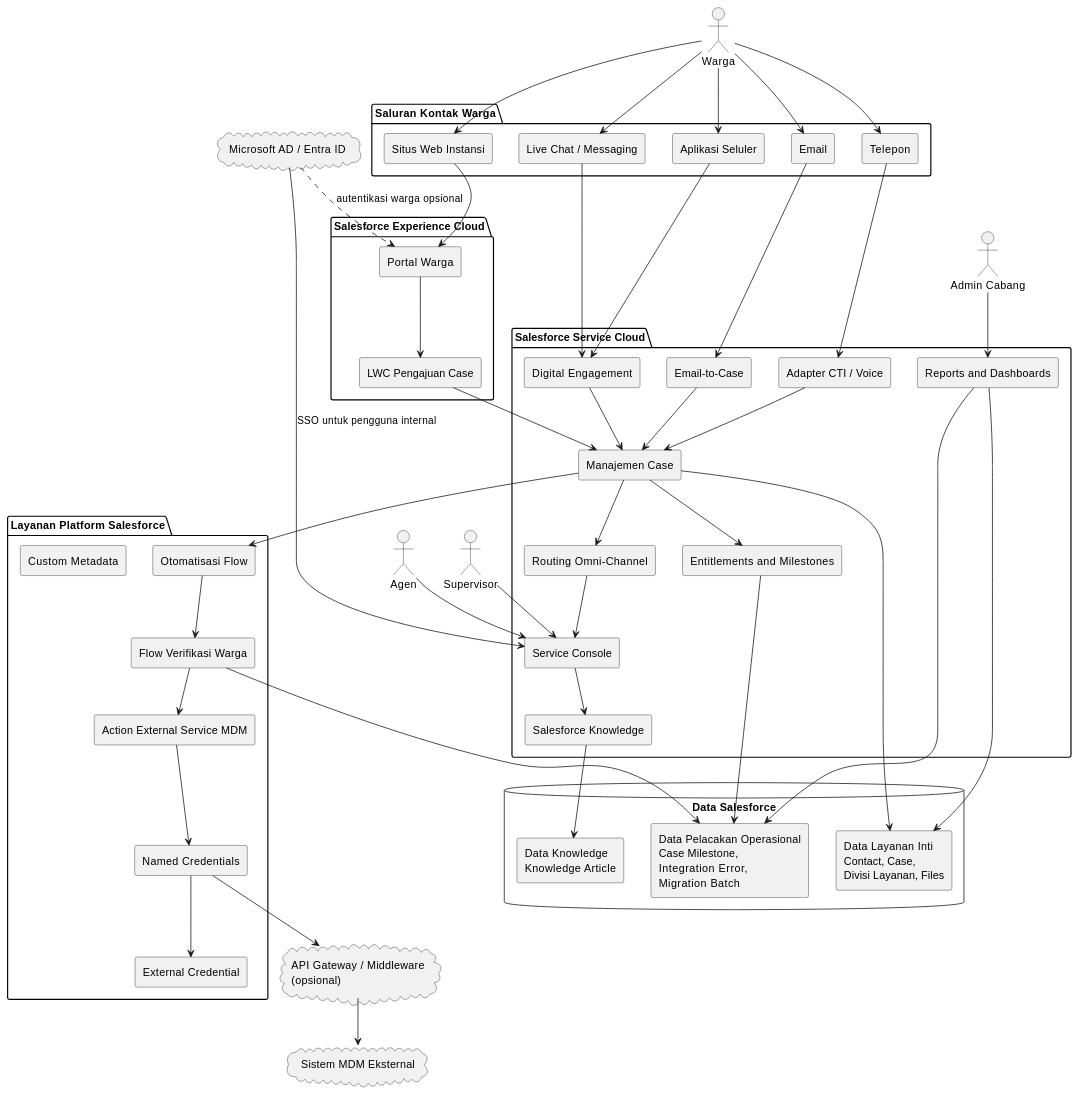
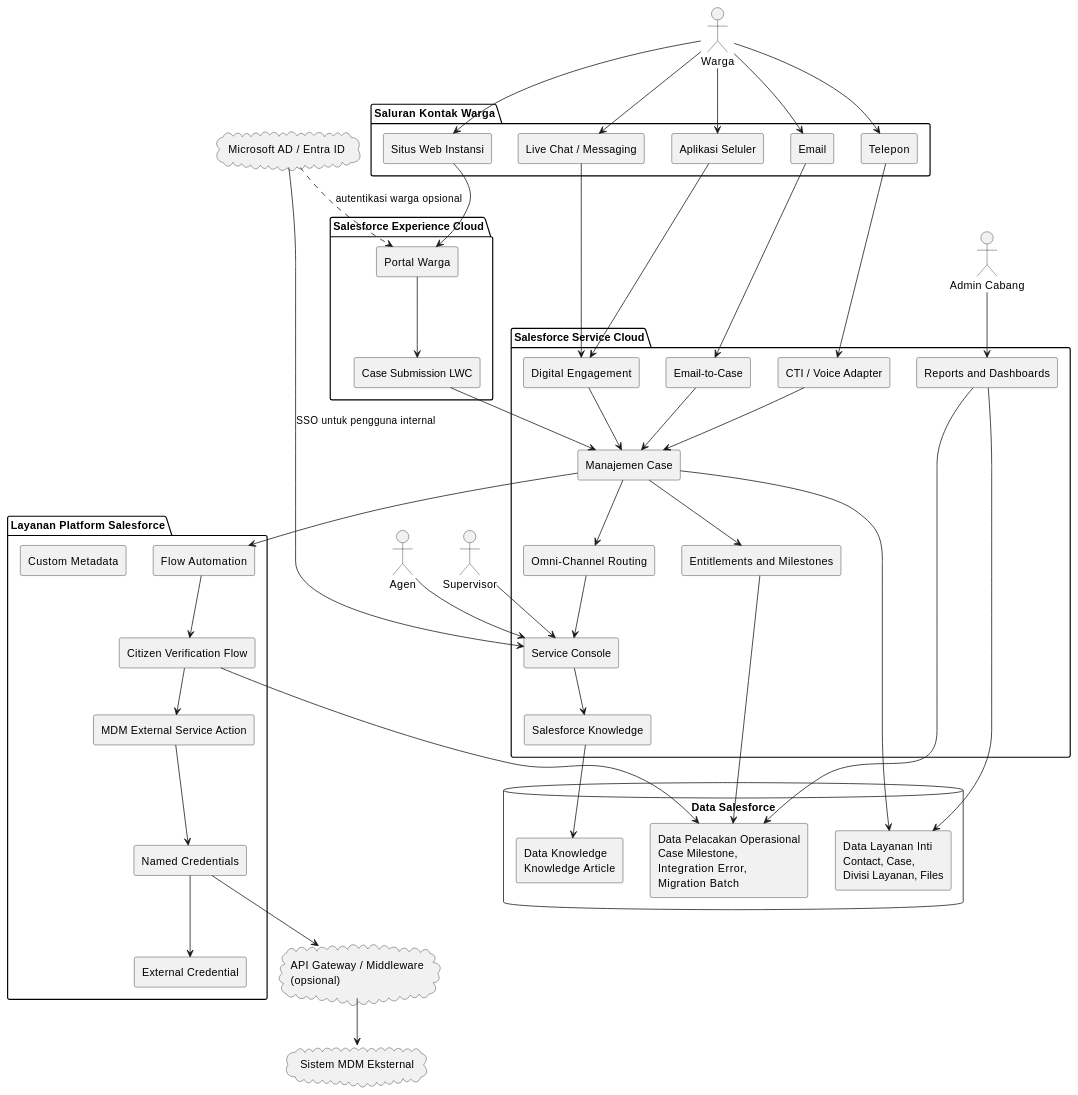
One commit to jimmytobing/virtusa changed the second of 26 diagrams in doc/SADD Task 2 - Bahasa Indonesia.md. Above: the diagram before and after it, drawn with PlantUML. The commit also changed other lines of this file, not shown here.

```diff
--- a/doc/SADD Task 2 - Bahasa Indonesia.md
+++ b/doc/SADD Task 2 - Bahasa Indonesia.md
@@ -209,25 +211,25 @@
 
 package "Salesforce Experience Cloud" {
   [Portal Warga]
-  [LWC Pengajuan Case]
+  [Case Submission LWC]
 }
 
 package "Salesforce Service Cloud" {
   [Service Console]
   [Manajemen Case]
-  [Routing Omni-Channel]
+  [Omni-Channel Routing]
   [Email-to-Case]
   [Digital Engagement]
-  [Adapter CTI / Voice]
+  [CTI / Voice Adapter]
   [Salesforce Knowledge]
   [Entitlements and Milestones]
   [Reports and Dashboards]
 }
 
 package "Layanan Platform Salesforce" {
-  [Otomatisasi Flow]
-  [Flow Verifikasi Warga]
-  [Action External Service MDM]
+  [Flow Automation]
+  [Citizen Verification Flow]
+  [MDM External Service Action]
   [External Credential]
   [Named Credentials]
   [Custom Metadata]
@@ -246,28 +248,28 @@
 Warga --> [Live Chat / Messaging]
 
 [Situs Web Instansi] --> [Portal Warga]
-[Portal Warga] --> [LWC Pengajuan Case]
-[LWC Pengajuan Case] --> [Manajemen Case]
+[Portal Warga] --> [Case Submission LWC]
+[Case Submission LWC] --> [Manajemen Case]
 [Email] --> [Email-to-Case]
-[Telepon] --> [Adapter CTI / Voice]
+[Telepon] --> [CTI / Voice Adapter]
 [Aplikasi Seluler] --> [Digital Engagement]
 [Live Chat / Messaging] --> [Digital Engagement]
 [Email-to-Case] --> [Manajemen Case]
-[Adapter CTI / Voice] --> [Manajemen Case]
+[CTI / Voice Adapter] --> [Manajemen Case]
 [Digital Engagement] --> [Manajemen Case]
 
-[Manajemen Case] --> [Routing Omni-Channel]
-[Routing Omni-Channel] --> [Service Console]
+[Manajemen Case] --> [Omni-Channel Routing]
+[Omni-Channel Routing] --> [Service Console]
 Agen --> [Service Console]
 Supervisor --> [Service Console]
 BranchAdmin --> [Reports and Dashboards]
 
 [Service Console] --> [Salesforce Knowledge]
 [Manajemen Case] --> [Entitlements and Milestones]
-[Manajemen Case] --> [Otomatisasi Flow]
-[Otomatisasi Flow] --> [Flow Verifikasi Warga]
-[Flow Verifikasi Warga] --> [Action External Service MDM]
-[Action External Service MDM] --> [Named Credentials]
+[Manajemen Case] --> [Flow Automation]
+[Flow Automation] --> [Citizen Verification Flow]
+[Citizen Verification Flow] --> [MDM External Service Action]
+[MDM External Service Action] --> [Named Credentials]
 [Named Credentials] --> [External Credential]
 [Named Credentials] --> Gateway
 Gateway --> MDM
@@ -275,7 +277,7 @@
 [Manajemen Case] --> CoreServiceData
 [Salesforce Knowledge] --> KnowledgeData
 [Entitlements and Milestones] --> OperationalTrackingData
-[Flow Verifikasi Warga] --> OperationalTrackingData
+[Citizen Verification Flow] --> OperationalTrackingData
 [Reports and Dashboards] --> CoreServiceData
 [Reports and Dashboards] --> OperationalTrackingData
 
```
